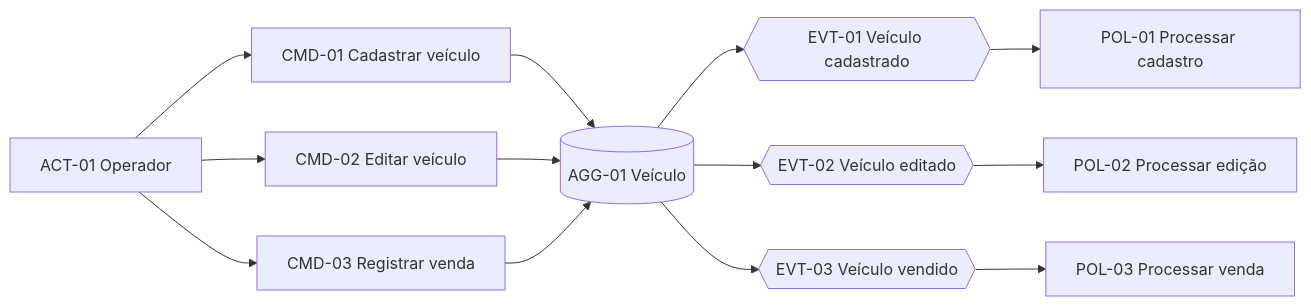
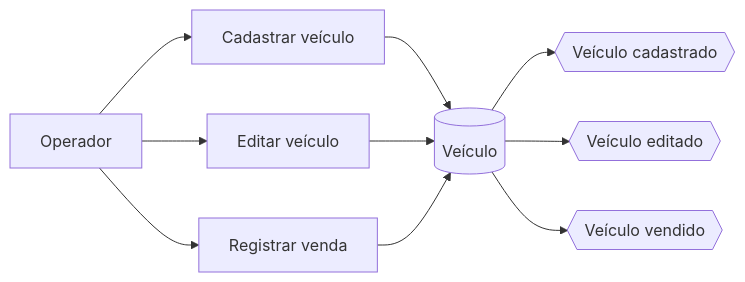
One commit to edionay/fiap-r changed the first of 6 diagrams in docs/ddd/event-storming.md. Above: the diagram before and after it, drawn with Mermaid. The commit also changed other lines of this file and 2 other files, not shown here.

````diff
--- a/docs/ddd/event-storming.md
+++ b/docs/ddd/event-storming.md
@@ -23,27 +18,15 @@
 ```mermaid
 flowchart LR
-    ACT[ACT-01 Operador]
-    CREATE[CMD-01 Cadastrar veículo]
-    UPDATE[CMD-02 Editar veículo]
-    SELL[CMD-03 Registrar venda]
-    VEHICLE[(AGG-01 Veículo)]
-    CREATED{{EVT-01 Veículo cadastrado}}
-    UPDATED{{EVT-02 Veículo editado}}
-    SOLD{{EVT-03 Veículo vendido}}
-    PCREATE[POL-01 Processar cadastro]
-    PUPDATE[POL-02 Processar edição]
-    PSELL[POL-03 Processar venda]
+    O[Operador]
+    C[Cadastrar veículo]
+    E[Editar veículo]
+    V[Registrar venda]
+    A[(Veículo)]
+    FC{{Veículo cadastrado}}
+    FE{{Veículo editado}}
+    FV{{Veículo vendido}}
 
-    ACT --> CREATE
-    ACT --> UPDATE
-    ACT --> SELL
-    CREATE --> VEHICLE
-    UPDATE --> VEHICLE
-    SELL --> VEHICLE
-    VEHICLE --> CREATED
-    VEHICLE --> UPDATED
-    VEHICLE --> SOLD
-    CREATED --> PCREATE
-    UPDATED --> PUPDATE
-    SOLD --> PSELL
+    O --> C --> A --> FC
+    O --> E --> A --> FE
+    O --> V --> A --> FV
 ```
````
